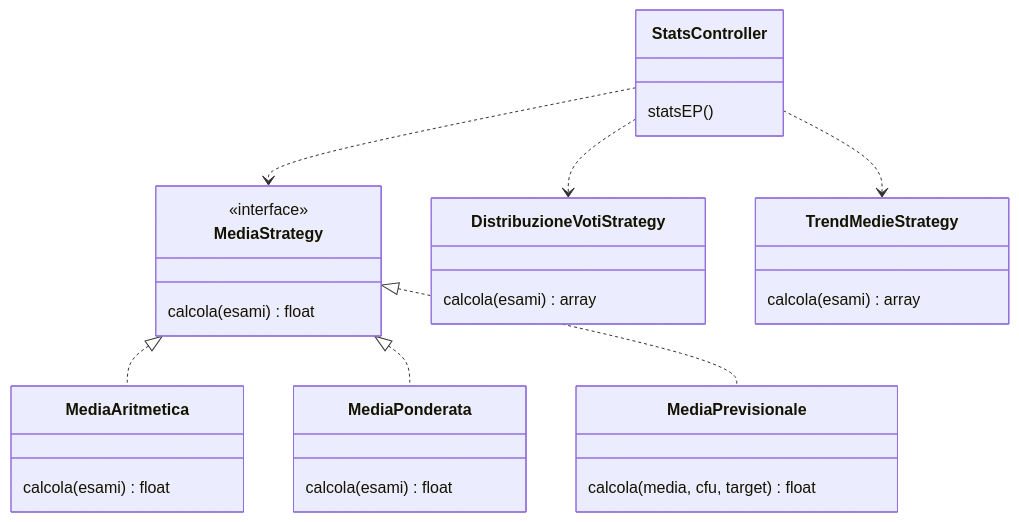
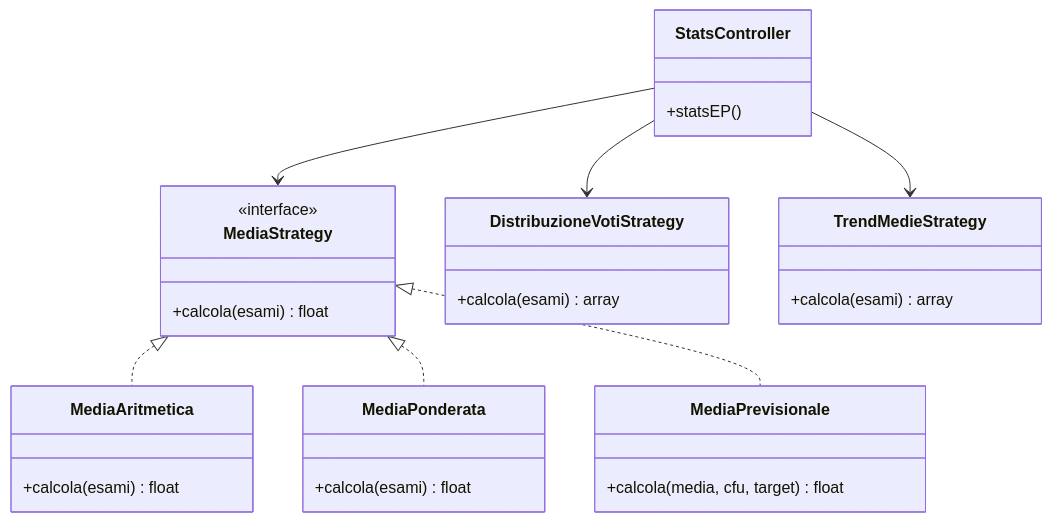
The second of 8 diagrams in README.md (frankelfokou/Gestione-esami-universitari), drawn with Mermaid before and after one commit. The commit also changed other lines of this file, not shown here.

````diff
--- a/README.md
+++ b/README.md
@@ -157,38 +535,43 @@
 ```mermaid
 classDiagram
+    direction TB
+
+    class StatsController {
+        +statsEP()
+    }
+
     class MediaStrategy {
-        calcola(esami) float
+        <<interface>>
+        +calcola(esami) float
     }
-    <<interface>> MediaStrategy
 
     class MediaAritmetica {
-        calcola(esami) float
+        +calcola(esami) float
     }
 
     class MediaPonderata {
-        calcola(esami) float
+        +calcola(esami) float
     }
 
     class MediaPrevisionale {
-        calcola(media, cfu, target) float
+        +calcola(media, cfu, target) float
     }
 
     class DistribuzioneVotiStrategy {
-        calcola(esami) array
+        +calcola(esami) array
     }
 
     class TrendMedieStrategy {
-        calcola(esami) array
+        +calcola(esami) array
     }
 
-    class StatsController {
-        statsEP()
-    }
+    %% L'ordine di queste tre righe determina la posizione orizzontale (Sinistra -> Destra)
+    StatsController --> MediaStrategy
+    StatsController --> DistribuzioneVotiStrategy
+    StatsController --> TrendMedieStrategy
 
+    %% Implementazioni dell'interfaccia (stanno sotto MediaStrategy)
     MediaStrategy <|.. MediaAritmetica
     MediaStrategy <|.. MediaPonderata
     MediaStrategy <|.. MediaPrevisionale
-    StatsController ..> MediaStrategy
-    StatsController ..> DistribuzioneVotiStrategy
-    StatsController ..> TrendMedieStrategy
 ```
````
